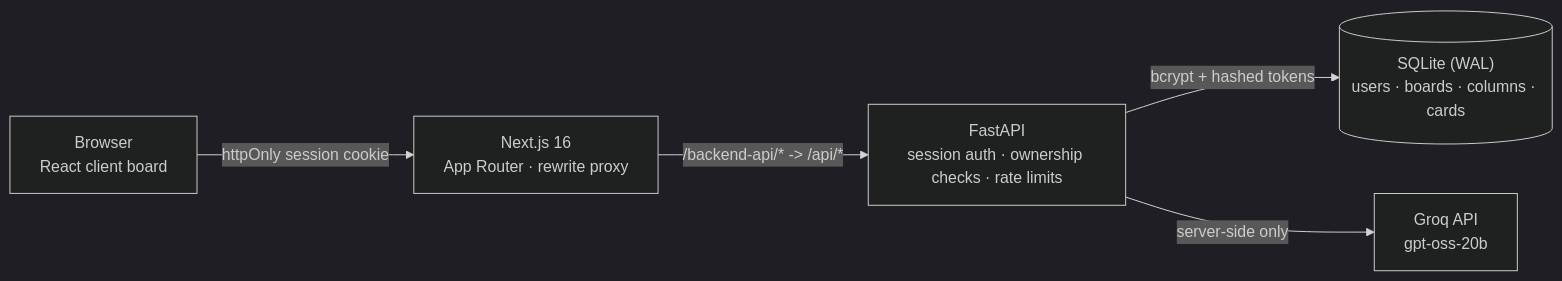
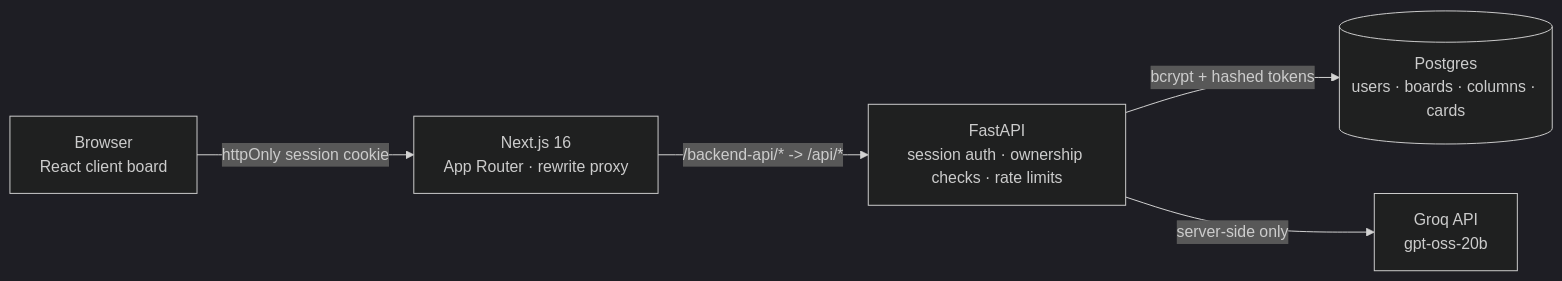
The diagram in README.md (akhilvamsi-gogula/Kanban-board), drawn with Mermaid (dark theme) before and after one commit. The commit also changed other lines of this file and 9 other files, not shown here.

First line of the commit message:
Migrate backend storage from SQLite to Postgres for persistence

````diff
--- a/README.md
+++ b/README.md
@@ -23,13 +24,13 @@
 ```mermaid
 flowchart LR
     Browser["Browser\nReact client board"]
     Next["Next.js 16\nApp Router · rewrite proxy"]
     API["FastAPI\nsession auth · ownership checks · rate limits"]
-    DB[("SQLite (WAL)\nusers · boards · columns · cards")]
+    DB[("Postgres\nusers · boards · columns · cards")]
     Groq["Groq API\ngpt-oss-20b"]
 
     Browser -- "httpOnly session cookie" --> Next
     Next -- "/backend-api/* -> /api/*" --> API
     API -- "bcrypt + hashed tokens" --> DB
     API -- "server-side only" --> Groq
 ```
````
